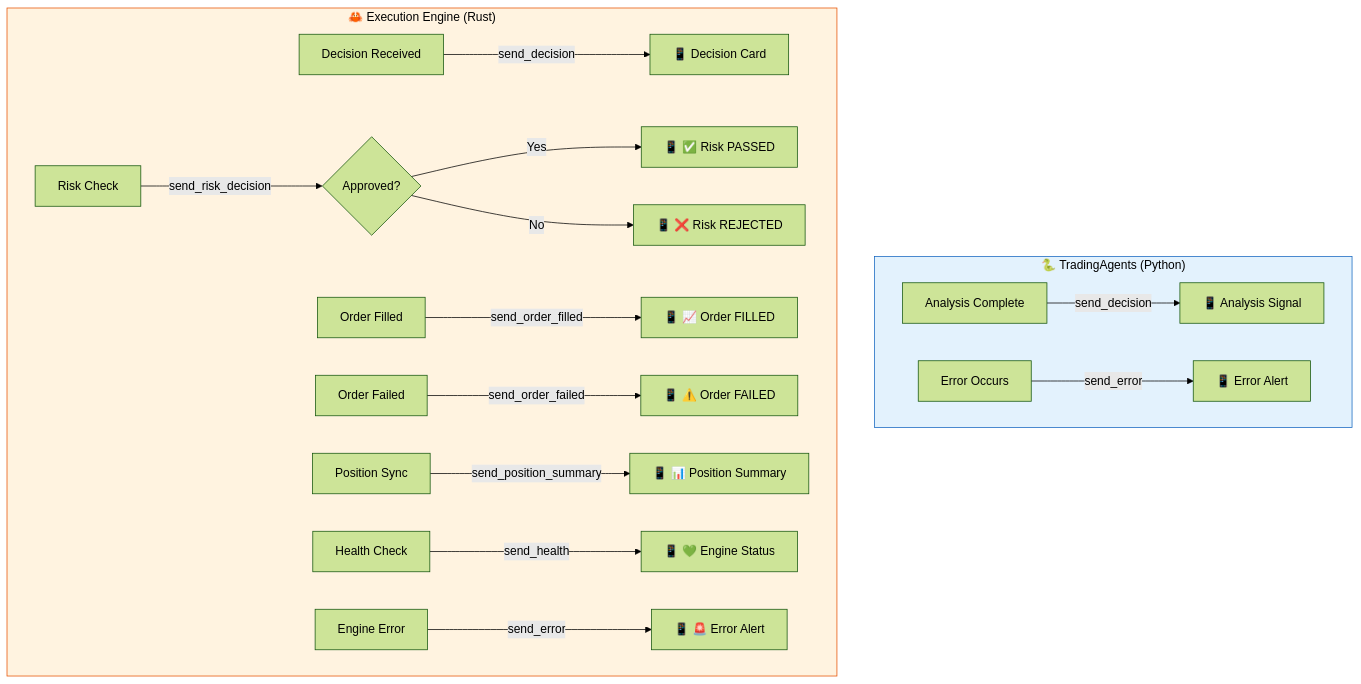
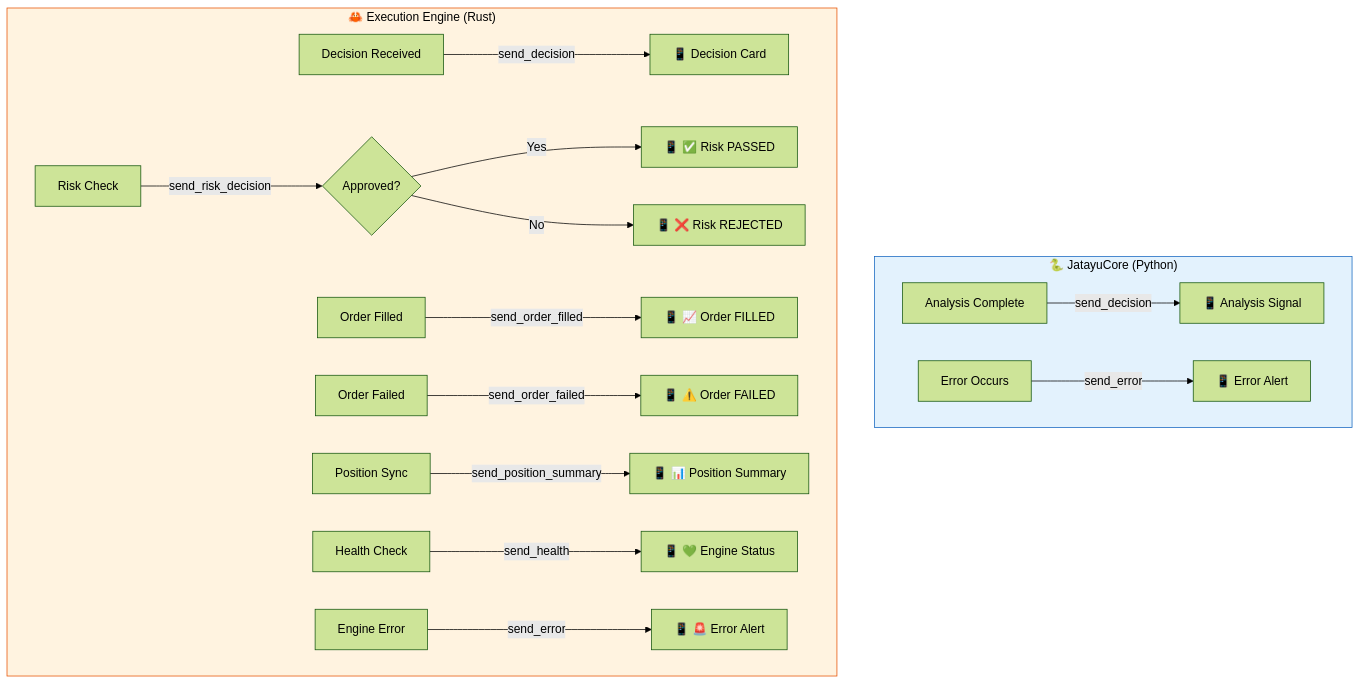
The first of 2 diagrams in docs/telegram.md (komelImoet/JatayuCore), drawn with Mermaid (forest theme) before and after one commit. The commit also changed other lines of this file and 18 other files, not shown here.

First line of the commit message:
rename: TradingAgents → JatayuCore (docs, CLI, Telegram, Docker)

````diff
--- a/docs/telegram.md
+++ b/docs/telegram.md
@@ -7,22 +7,22 @@
 ```mermaid
 flowchart TB
-    subgraph PythonLayer["🐍 TradingAgents (Python)"]
+    subgraph PythonLayer["🐍 JatayuCore (Python)"]
         A[Analysis Complete] -->|send_decision| TG1[📱 Analysis Signal]
         E[Error Occurs] -->|send_error| TG2[📱 Error Alert]
     end
     
     subgraph RustLayer["🦀 Execution Engine (Rust)"]
         D[Decision Received] -->|send_decision| TG3[📱 Decision Card]
         RK[Risk Check] -->|send_risk_decision| TG4{Approved?}
         TG4 -->|Yes| TG5[📱 ✅ Risk PASSED]
         TG4 -->|No| TG6[📱 ❌ Risk REJECTED]
         OF[Order Filled] -->|send_order_filled| TG7[📱 📈 Order FILLED]
         OFAIL[Order Failed] -->|send_order_failed| TG8[📱 ⚠️ Order FAILED]
         PS[Position Sync] -->|send_position_summary| TG9[📱 📊 Position Summary]
         HC[Health Check] -->|send_health| TG10[📱 💚 Engine Status]
         ERR[Engine Error] -->|send_error| TG11[📱 🚨 Error Alert]
     end
     
     style PythonLayer fill:#e3f2fd,stroke:#1565c0,color:#000
     style RustLayer fill:#fff3e0,stroke:#e65100,color:#000
 ```
````
